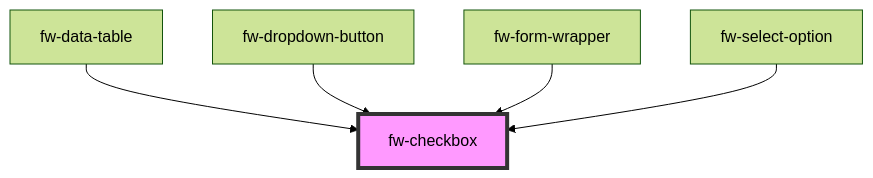
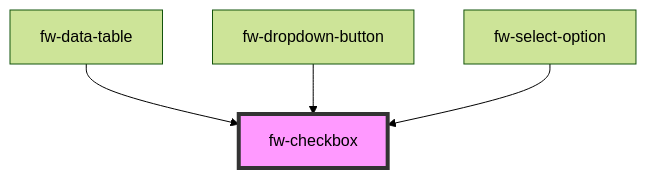
One commit to freshworks/crayons changed the diagram in packages/crayons-core/src/components/checkbox/readme.md. Above: the diagram before and after it, drawn with Mermaid (forest theme). The commit also changed other lines of this file and 16 other files, not shown here.

````diff
--- a/packages/crayons-core/src/components/checkbox/readme.md
+++ b/packages/crayons-core/src/components/checkbox/readme.md
@@ -86,8 +85,7 @@
 ```mermaid
 graph TD;
   fw-data-table --> fw-checkbox
   fw-dropdown-button --> fw-checkbox
-  fw-form-wrapper --> fw-checkbox
   fw-select-option --> fw-checkbox
   style fw-checkbox fill:#f9f,stroke:#333,stroke-width:4px
 ```
````
